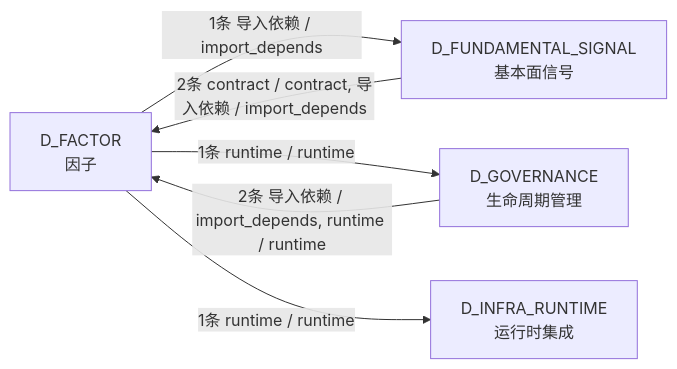
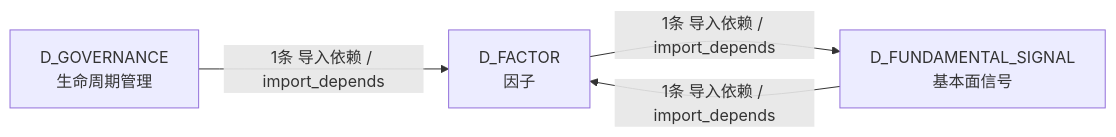
The fourth of 4 diagrams in docs/02_enterprise_architecture/02_domain_architecture_docs/29_d_factor.md (xuanFelixVan/ZephyrAlpha), drawn with Mermaid before and after one commit. The commit also changed other lines of this file and 99 other files, not shown here.

````diff
--- a/docs/02_enterprise_architecture/02_domain_architecture_docs/29_d_factor.md
+++ b/docs/02_enterprise_architecture/02_domain_architecture_docs/29_d_factor.md
@@ -210,12 +194,9 @@
 ```mermaid
 graph LR
     D_FACTOR["D_FACTOR<br/>因子"]
     D_FUNDAMENTAL_SIGNAL["D_FUNDAMENTAL_SIGNAL<br/>基本面信号"]
     D_GOVERNANCE["D_GOVERNANCE<br/>生命周期管理"]
-    D_INFRA_RUNTIME["D_INFRA_RUNTIME<br/>运行时集成"]
     D_FACTOR -->|1条 导入依赖 / import_depends| D_FUNDAMENTAL_SIGNAL
-    D_FACTOR -->|1条 runtime / runtime| D_GOVERNANCE
-    D_FACTOR -->|1条 runtime / runtime| D_INFRA_RUNTIME
-    D_FUNDAMENTAL_SIGNAL -->|2条 contract / contract, 导入依赖 / import_depends| D_FACTOR
-    D_GOVERNANCE -->|2条 导入依赖 / import_depends, runtime / runtime| D_FACTOR
+    D_FUNDAMENTAL_SIGNAL -->|1条 导入依赖 / import_depends| D_FACTOR
+    D_GOVERNANCE -->|1条 导入依赖 / import_depends| D_FACTOR
 ```
````
